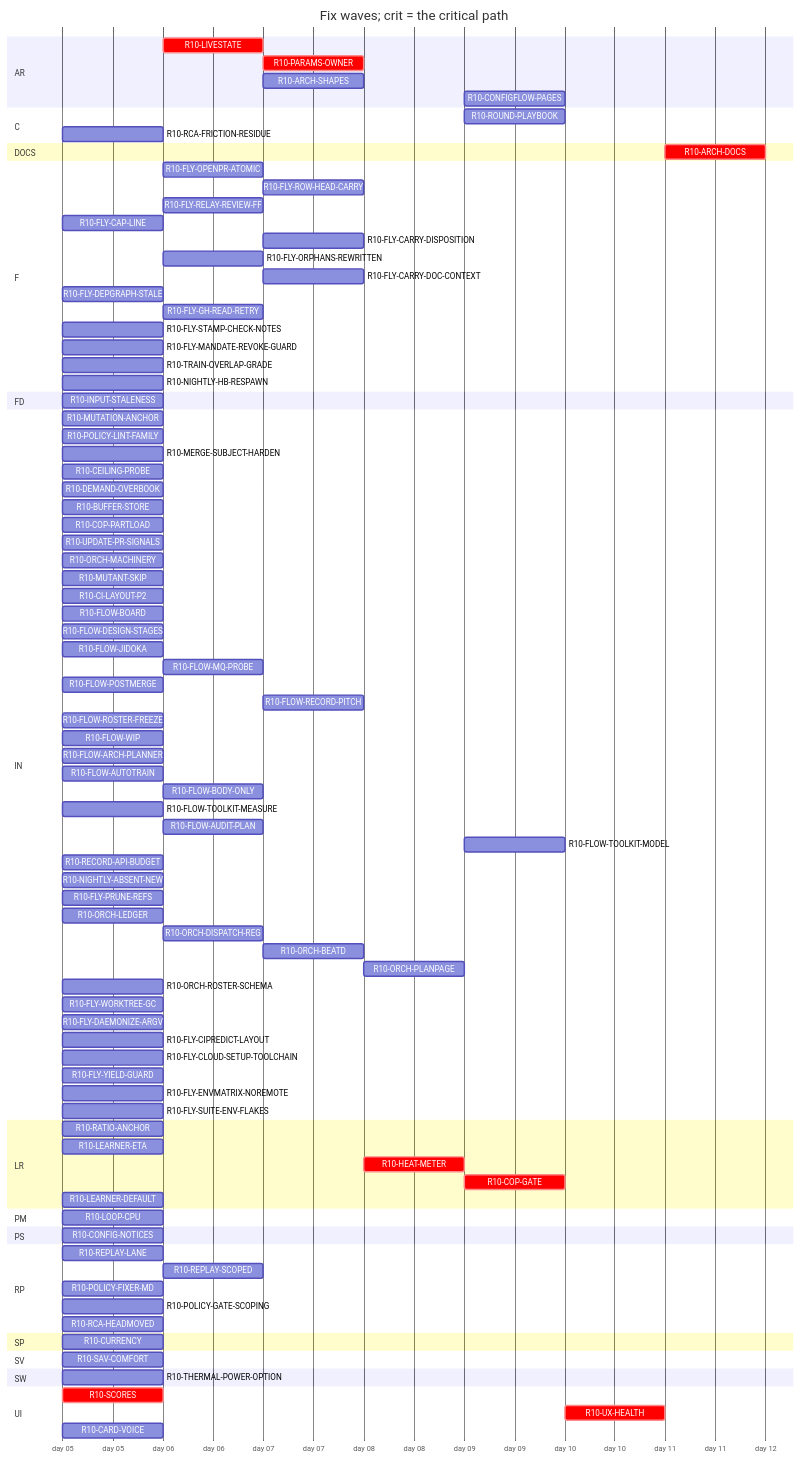
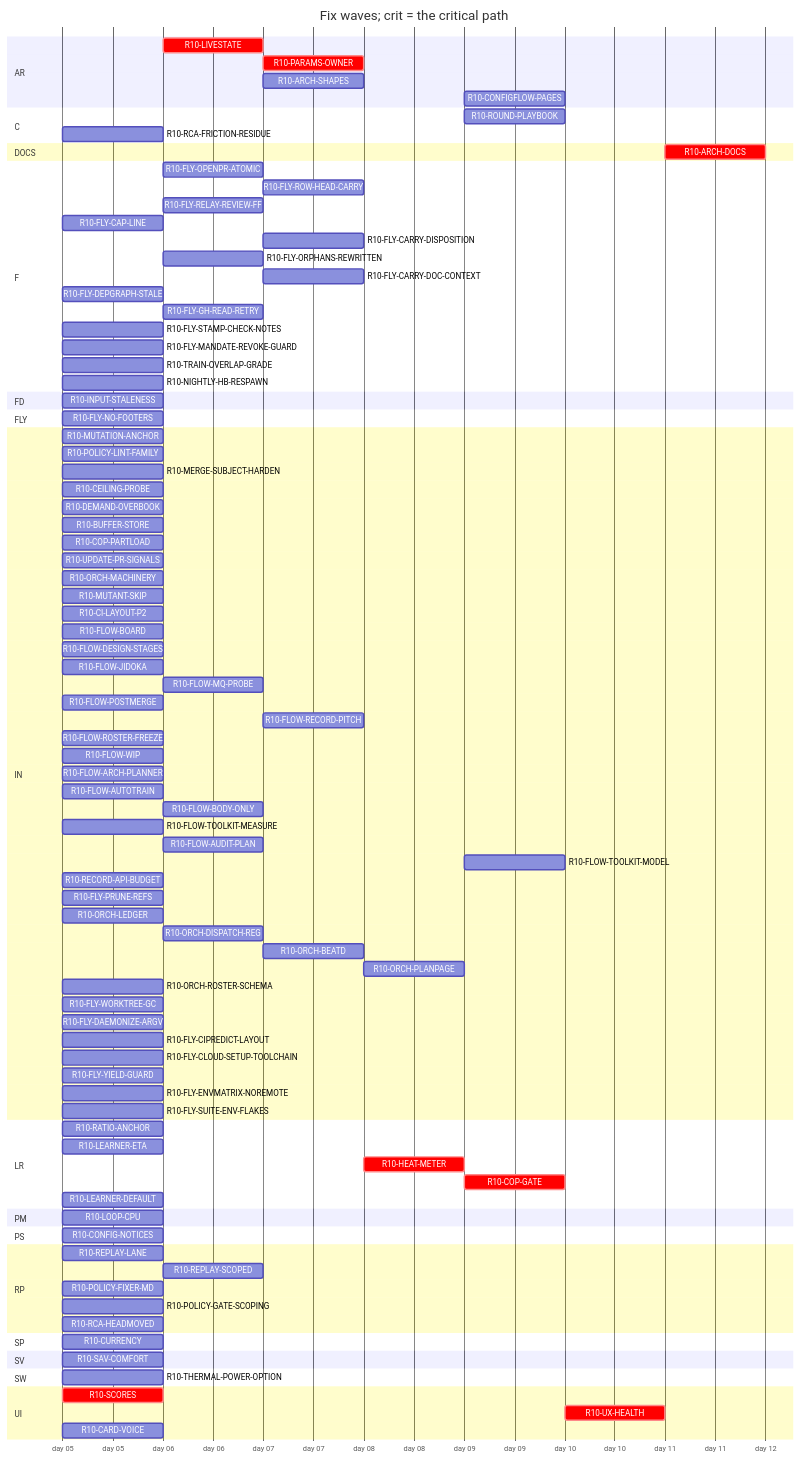
One commit to tvofi/heatpump_optimizer changed the diagram in handoff/round10/state/PLAN-TABLE.md. Above: the diagram before and after it, drawn with Mermaid. The commit also changed other lines of this file and 2 other files, not shown here.

```diff
--- a/handoff/round10/state/PLAN-TABLE.md
+++ b/handoff/round10/state/PLAN-TABLE.md
@@ -55,6 +56,8 @@
     R10-NIGHTLY-HB-RESPAWN :r10NIGHTLYHBRESPAWN, 2026-01-05, 1d
   section FD
     R10-INPUT-STALENESS :r10INPUTSTALENESS, 2026-01-05, 1d
+  section FLY
+    R10-FLY-NO-FOOTERS :r10FLYNOFOOTERS, 2026-01-05, 1d
   section IN
     R10-MUTATION-ANCHOR :r10MUTATIONANCHOR, 2026-01-05, 1d
     R10-POLICY-LINT-FAMILY :r10POLICYLINTFAMILY, 2026-01-05, 1d
@@ -82,7 +85,6 @@
     R10-FLOW-AUDIT-PLAN :r10FLOWAUDITPLAN, after r10FLOWARCHPLANNER r10FLOWTOOLKITMEASURE, 1d
     R10-FLOW-TOOLKIT-MODEL :r10FLOWTOOLKITMODEL, after r10ORCHPLANPAGE r10FLOWTOOLKITMEASURE, 1d
     R10-RECORD-API-BUDGET :r10RECORDAPIBUDGET, 2026-01-05, 1d
-    R10-NIGHTLY-ABSENT-NEW :r10NIGHTLYABSENTNEW, 2026-01-05, 1d
     R10-FLY-PRUNE-REFS :r10FLYPRUNEREFS, 2026-01-05, 1d
     R10-ORCH-LEDGER :r10ORCHLEDGER, 2026-01-05, 1d
     R10-ORCH-DISPATCH-REG :r10ORCHDISPATCHREG, after r10ORCHLEDGER, 1d
```
